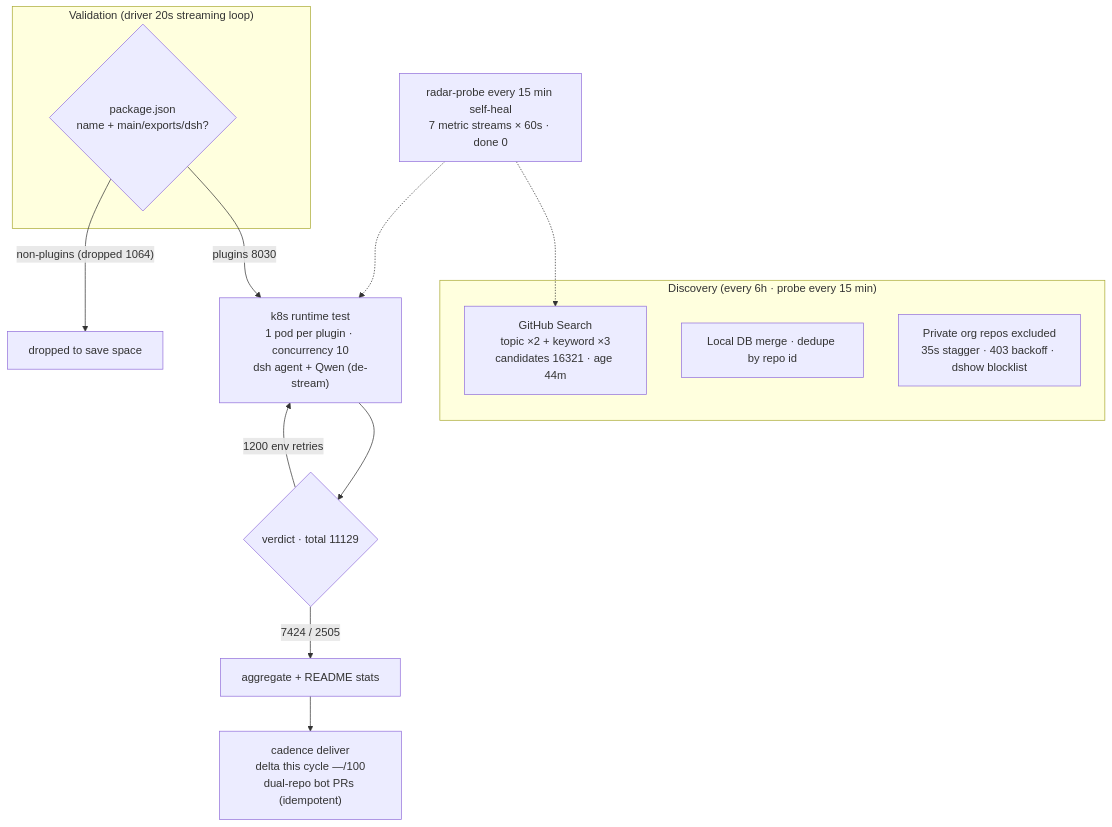
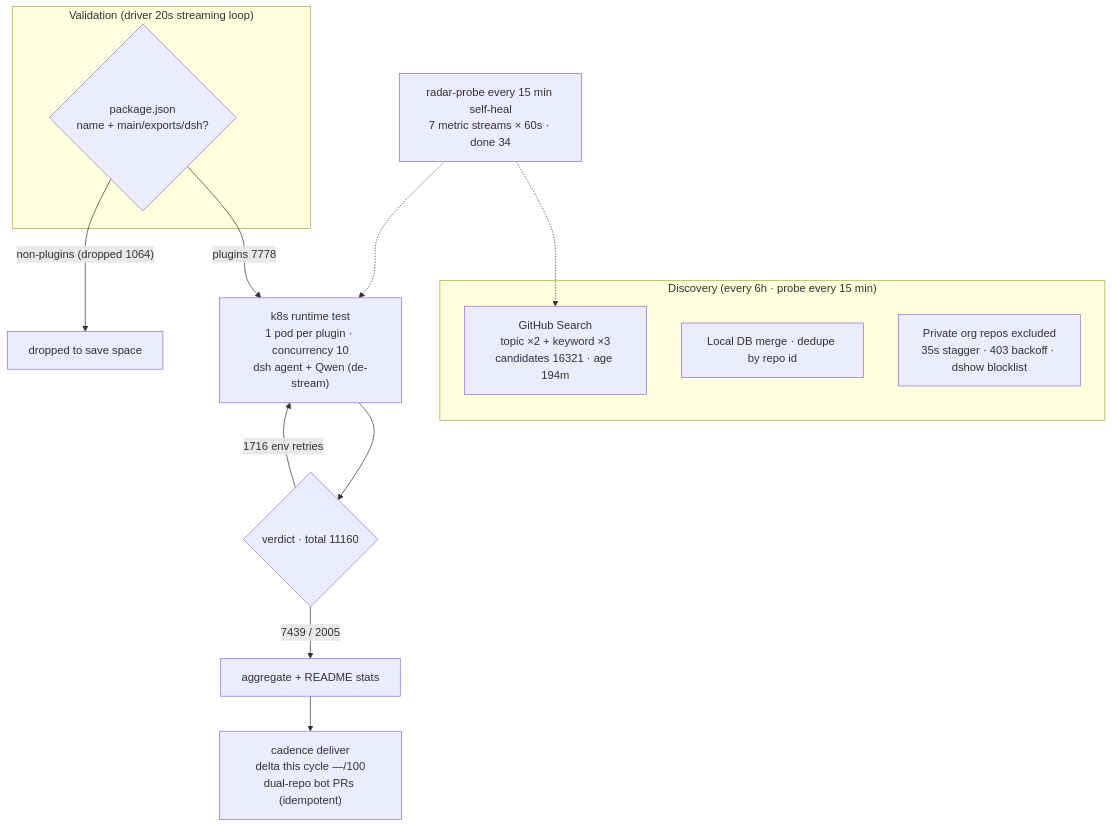
Before and after one commit to Zhidao-Lab-OSS/awesome-dsh-plugins: the diagram in README.en-US.md, drawn with Mermaid. The commit also changed other lines of this file and 1 other file, not shown here.

````diff
--- a/README.en-US.md
+++ b/README.en-US.md
@@ -45,20 +45,20 @@
 ```mermaid
 flowchart TB
     subgraph Discovery["Discovery (every 6h · probe every 15 min)"]
-        A1["GitHub Search<br/>topic ×2 + keyword ×3<br/>candidates 16321 · age 44m"]
+        A1["GitHub Search<br/>topic ×2 + keyword ×3<br/>candidates 16321 · age 194m"]
         A2["Local DB merge · dedupe by repo id"]
         A3["Private org repos excluded<br/>35s stagger · 403 backoff · dshow blocklist"]
     end
     subgraph Validation["Validation (driver 20s streaming loop)"]
         B1{"package.json<br/>name + main/exports/dsh?"}
     end
-    B1 -->|"plugins 8030"| C1["k8s runtime test<br/>1 pod per plugin · concurrency 10<br/>dsh agent + Qwen (de-stream)"]
+    B1 -->|"plugins 7778"| C1["k8s runtime test<br/>1 pod per plugin · concurrency 10<br/>dsh agent + Qwen (de-stream)"]
     B1 -->|"non-plugins (dropped 1064)"| B3["dropped to save space"]
-    C1 --> D1{"verdict · total 11129"}
-    D1 -->|"7424 / 2505"| E1["aggregate + README stats"]
-    D1 -->|"1200 env retries"| C1
+    C1 --> D1{"verdict · total 11160"}
+    D1 -->|"7439 / 2005"| E1["aggregate + README stats"]
+    D1 -->|"1716 env retries"| C1
     E1 --> E2["cadence deliver<br/>delta this cycle —/100<br/>dual-repo bot PRs (idempotent)"]
-    M["radar-probe every 15 min self-heal<br/>7 metric streams × 60s · done 0"]
+    M["radar-probe every 15 min self-heal<br/>7 metric streams × 60s · done 34"]
     M -.-> A1
     M -.-> C1
 ```
````
